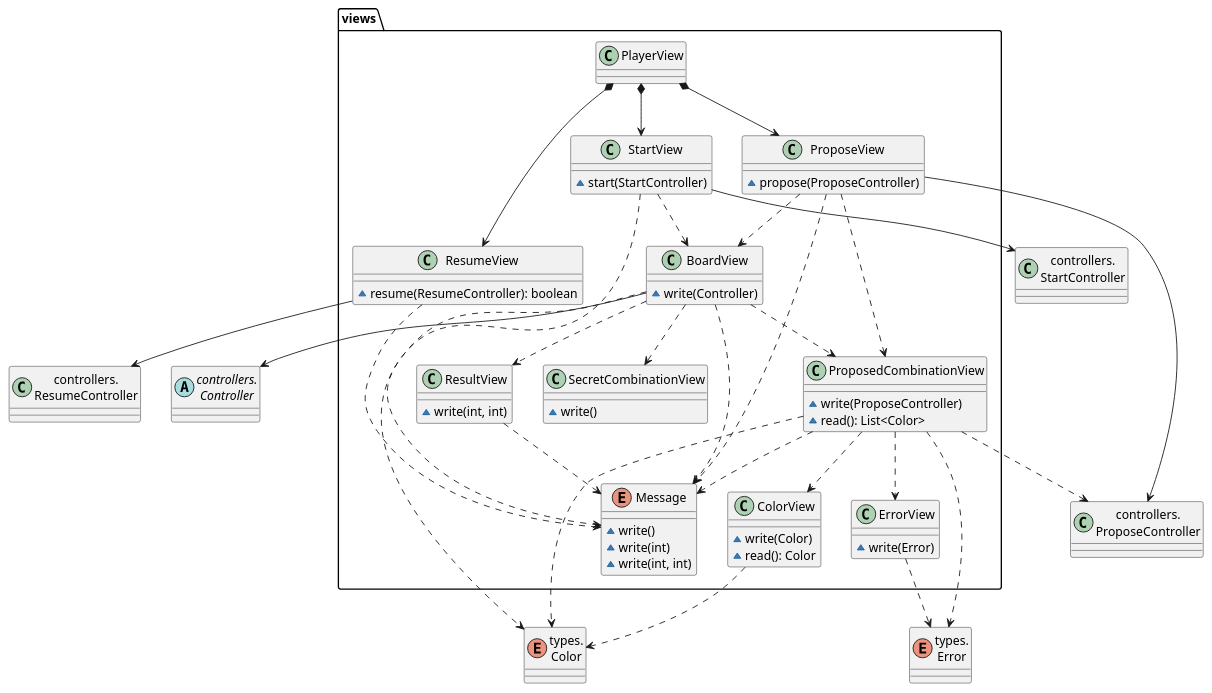
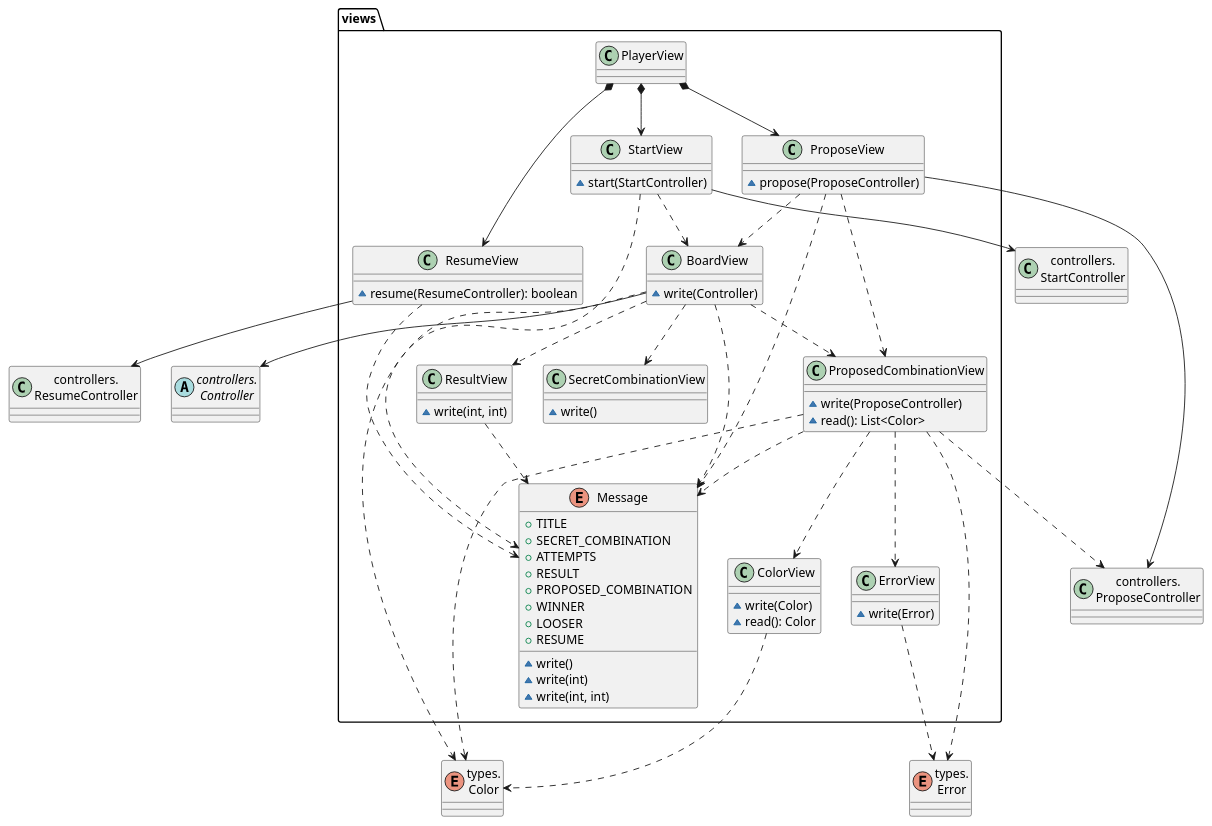
Before and after one commit to EscuelaIt/requirements: the third of 5 diagrams in 2.Gráficos/docs/diagrams/src/mastermind_analisis_packages.wsd, drawn with PlantUML. The commit also changed 31 other files, not shown here.

Commit message:
Refactor Basic & Graphics + UndoRedo done

```diff
--- a/2.Gráficos/docs/diagrams/src/mastermind_analisis_packages.wsd
+++ b/2.Gráficos/docs/diagrams/src/mastermind_analisis_packages.wsd
@@ -61,75 +61,83 @@
 @startuml mastermind_analisis_views
 package views {
     class PlayerView
     class StartView {
         ~ start(StartController)
     }
     class ProposeView {
         ~ propose(ProposeController)
     }
     class ResumeView {
         ~ resume(ResumeController): boolean
     }
     class BoardView {
         ~ write(Controller)
     }
     class ProposedCombinationView {
         ~ write(ProposeController)
         ~ read(): List<Color>
     }
     class SecretCombinationView {
         ~ write()
     }
     class ResultView {
         ~ write(int, int)
     }
     class ColorView {
         ~ write(Color)
         ~ read(): Color
     }
     enum Message {
+        + TITLE
+        + SECRET_COMBINATION
+        + ATTEMPTS
+        + RESULT
+        + PROPOSED_COMBINATION
+        + WINNER
+        + LOOSER
+        + RESUME
         ~ write()
         ~ write(int)
         ~ write(int, int)
     }
     class ErrorView {
         ~ write(Error)
     }
 }
 
 PlayerView *-down-> StartView
 PlayerView *-down-> ProposeView
 PlayerView *-down-> ResumeView
 StartView .down.> BoardView
 ProposeView .down.> BoardView
 BoardView .down.> ProposedCombinationView
 BoardView .down.> ResultView
 BoardView .down.> Message
 BoardView .down.> SecretCombinationView
 ProposedCombinationView .down.> ColorView
 ProposedCombinationView .down.> ErrorView
 ProposedCombinationView .down.> Message
 ResultView .down.> Message
 StartView .down.> Message
 ResumeView .down.> Message
 ProposeView .down.> ProposedCombinationView
 ProposeView .down.> Message
 
 class "controllers.\nProposeController" as ProposeController
 class "controllers.\nStartController" as StartController
 class "controllers.\nResumeController" as ResumeController
 abstract class "controllers.\nController" as Controller
 enum "types.\nColor" as Color
 enum "types.\nError" as Error
 
 ResumeView -down-> ResumeController
 StartView -down-> StartController
 ProposeView -down-> ProposeController
 BoardView -down-> Controller
 ProposedCombinationView .down.> ProposeController
 BoardView .down.> Color
 ProposedCombinationView .down.> Color
 ColorView .down.> Color
 ProposedCombinationView .down.> Error
 ErrorView .down.> Error
 @enduml
```
